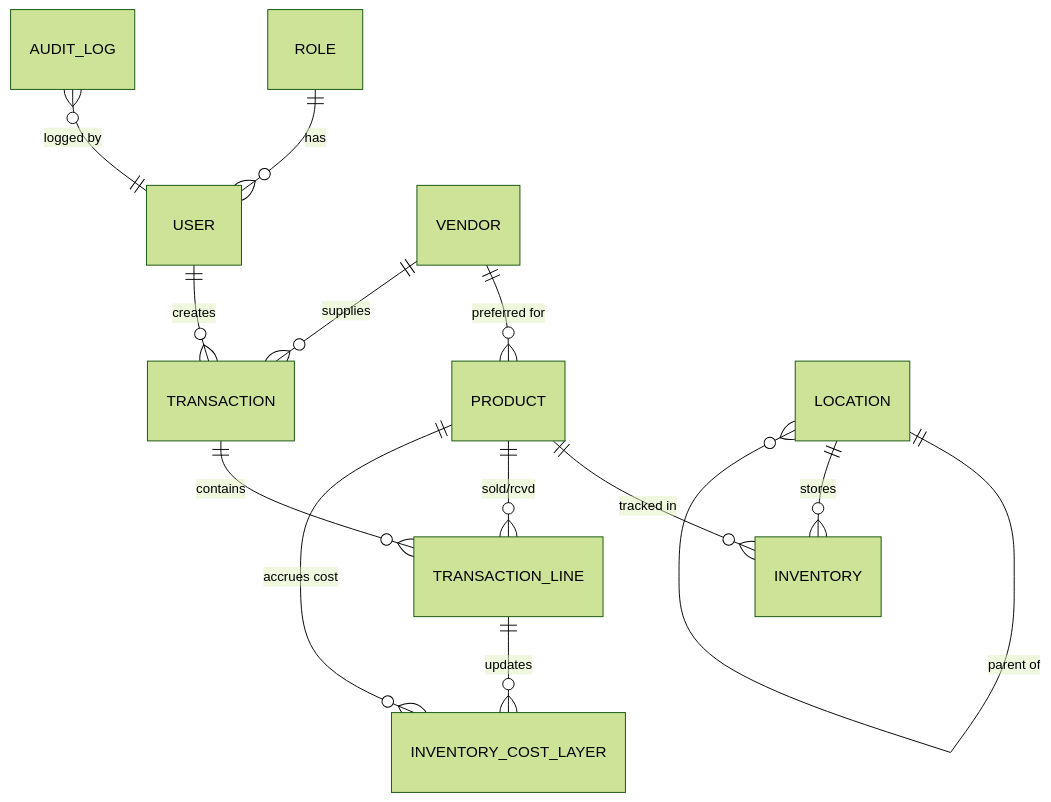
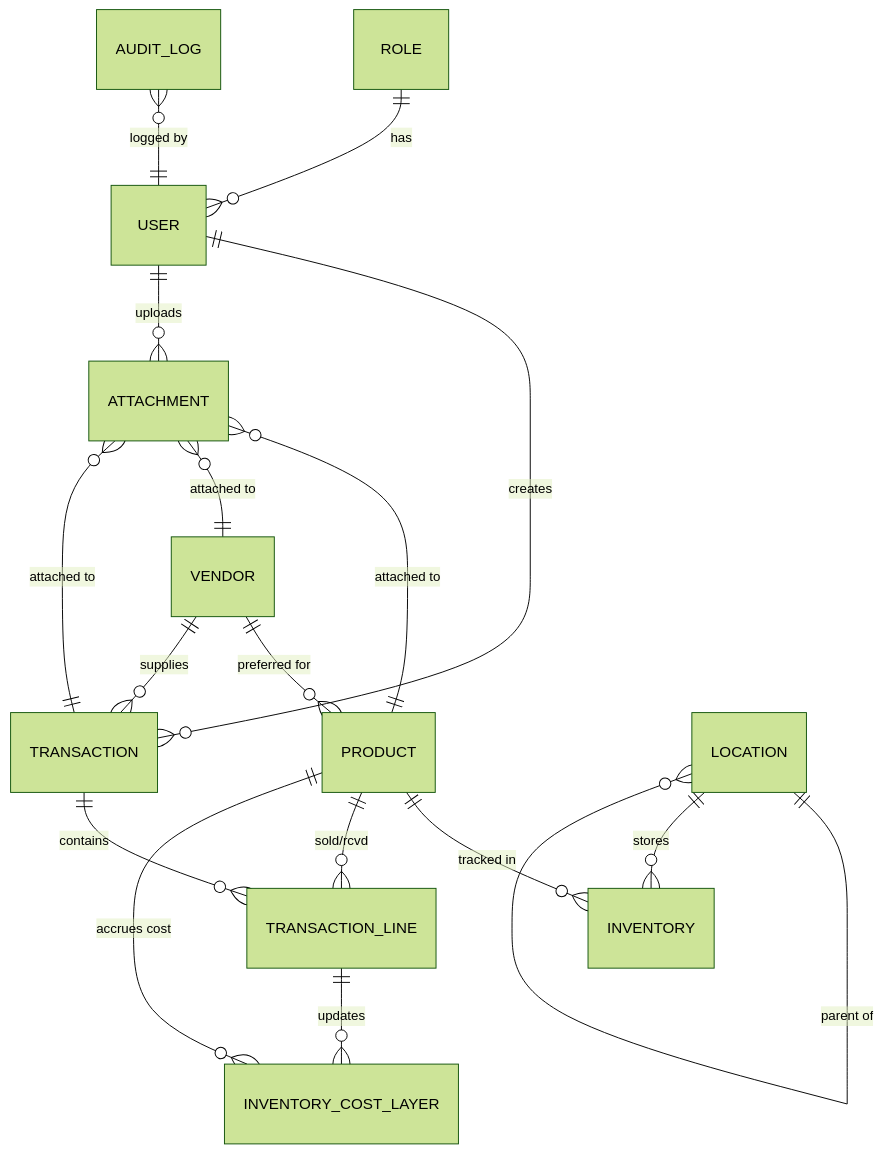
Before and after one commit to andrei-L1/inventory-system: the diagram in DATABASE_DOCUMENTATION.md, drawn with Mermaid (forest theme). The commit also changed other lines of this file and 7 other files, not shown here.

````diff
--- a/DATABASE_DOCUMENTATION.md
+++ b/DATABASE_DOCUMENTATION.md
@@ -67,15 +72,19 @@
 ```mermaid
 erDiagram
     ROLE ||--o{ USER : "has"
     USER ||--o{ TRANSACTION : "creates"
     VENDOR ||--o{ PRODUCT : "preferred for"
     VENDOR ||--o{ TRANSACTION : "supplies"
     LOCATION ||--o{ LOCATION : "parent of"
     LOCATION ||--o{ INVENTORY : "stores"
     PRODUCT ||--o{ INVENTORY : "tracked in"
     PRODUCT ||--o{ TRANSACTION_LINE : "sold/rcvd"
     PRODUCT ||--o{ INVENTORY_COST_LAYER : "accrues cost"
     TRANSACTION ||--o{ TRANSACTION_LINE : "contains"
     TRANSACTION_LINE ||--o{ INVENTORY_COST_LAYER : "updates"
     AUDIT_LOG }o--|| USER : "logged by"
+    USER ||--o{ ATTACHMENT : "uploads"
+    ATTACHMENT }o--|| PRODUCT : "attached to"
+    ATTACHMENT }o--|| VENDOR : "attached to"
+    ATTACHMENT }o--|| TRANSACTION : "attached to"
 ```
````
